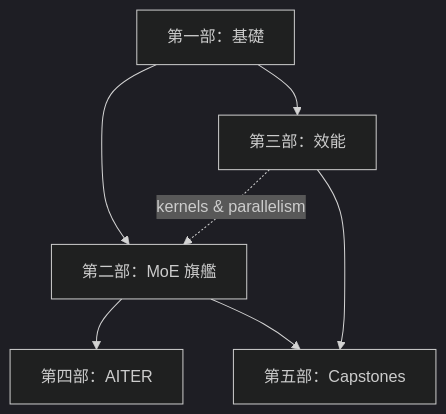
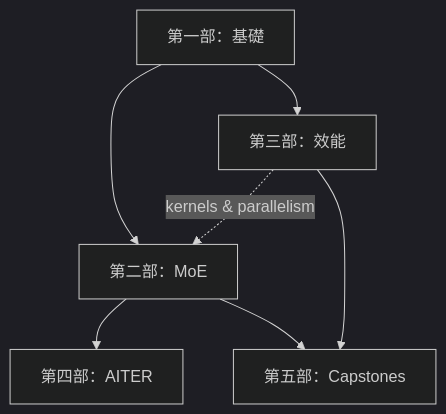
Before and after one commit to youyun8/deep-kernel-handbook: the diagram in docs/reading-path.md, drawn with Mermaid (dark theme). The commit also changed other lines of this file and 4 other files, not shown here.

````diff
--- a/docs/reading-path.md
+++ b/docs/reading-path.md
@@ -6,10 +6,10 @@
 ```mermaid
 flowchart TD
-    A[第一部：基礎] --> B[第二部：MoE 旗艦]
+    A[第一部：基礎] --> B[第二部：MoE]
     A --> C[第三部：效能]
     C -.kernels & parallelism.-> B
     B --> E[第四部：AITER]
     B --> D[第五部：Capstones]
     C --> D
     class B flagship;
 ```
````
